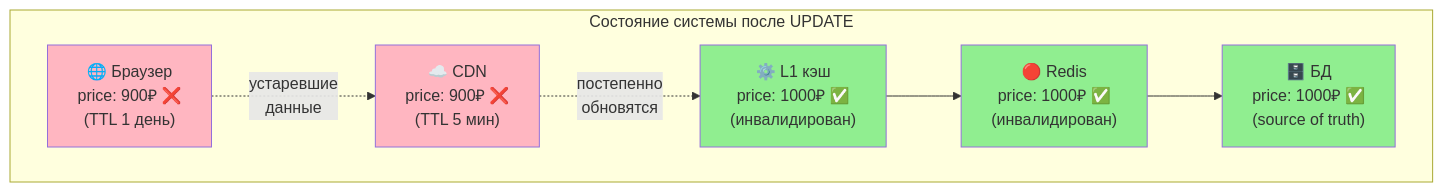
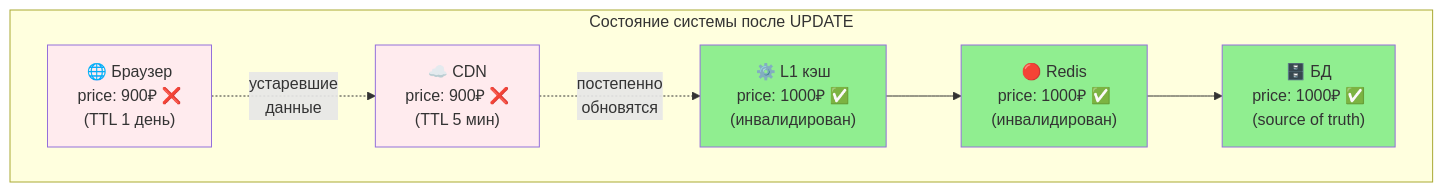
One commit to savinmikhail/advanced-system-design changed the ninth of 19 diagrams in cache/readme.md. Above: the diagram before and after it, drawn with Mermaid. The commit also changed other lines of this file, not shown here.

Commit message:
вырвиглазный контраст схем, нечитаемый текст часто, редис можно квадратиками рисовать

````diff
--- a/cache/readme.md
+++ b/cache/readme.md
@@ -647,21 +657,21 @@
 ```mermaid
 graph TB
     subgraph "Состояние системы после UPDATE"
         Browser["🌐 Браузер<br/>price: 900₽ ❌<br/>(TTL 1 день)"]
         CDN["☁️ CDN<br/>price: 900₽ ❌<br/>(TTL 5 мин)"]
         L1["⚙️ L1 кэш<br/>price: 1000₽ ✅<br/>(инвалидирован)"]
         Redis["🔴 Redis<br/>price: 1000₽ ✅<br/>(инвалидирован)"]
         DB["🗄️ БД<br/>price: 1000₽ ✅<br/>(source of truth)"]
     end
     
     Browser -.->|устаревшие<br/>данные| CDN
     CDN -.->|постепенно<br/>обновятся| L1
     L1 --> Redis
     Redis --> DB
     
-    style Browser fill:#FFB6C1
-    style CDN fill:#FFB6C1
+    style Browser fill:#ffebee
+    style CDN fill:#ffebee
     style L1 fill:#90EE90
     style Redis fill:#90EE90
     style DB fill:#90EE90
 ```
````
